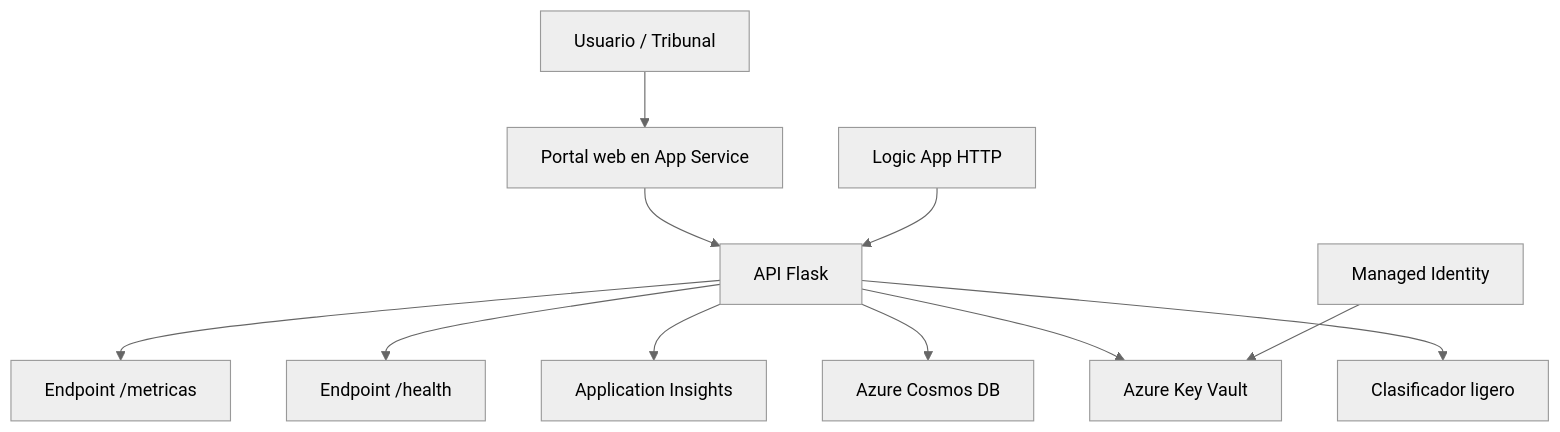
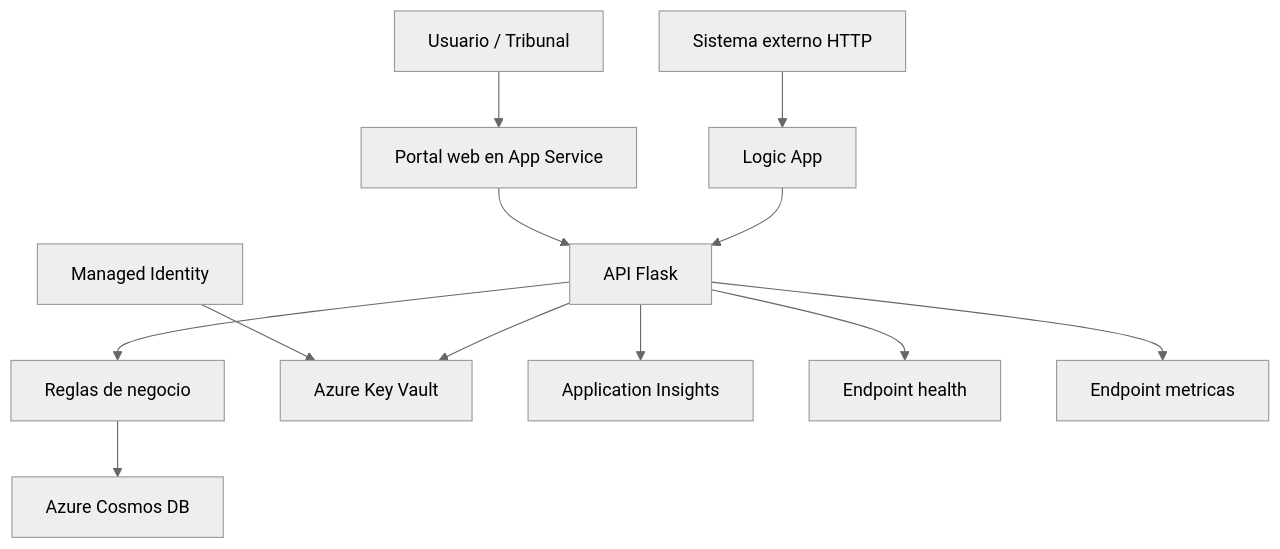
One commit to karimadrico/tfg-azure-servicio-empresarial-seguro changed the first of 5 diagrams in docs/diagramas/diagramas.md. Above: the diagram before and after it, drawn with Mermaid (neutral theme). The commit also changed other lines of this file and 15 other files, not shown here.

````diff
--- a/docs/diagramas/diagramas.md
+++ b/docs/diagramas/diagramas.md
@@ -20,13 +22,14 @@
 ```mermaid
 flowchart TB
     usuario[Usuario / Tribunal] --> portal[Portal web en App Service]
-    portal --> api[API Flask]
-    api --> clasificador[Clasificador ligero]
-    api --> storage[Azure Cosmos DB]
+    sistema[Sistema externo HTTP] --> logicapp[Logic App]
+    logicapp --> api[API Flask]
+    portal --> api
+    api --> reglas[Reglas de negocio]
+    reglas --> cosmos[Azure Cosmos DB]
     api --> keyvault[Azure Key Vault]
+    appid[Managed Identity] --> keyvault
     api --> appinsights[Application Insights]
-    logicapp[Logic App HTTP] --> api
-    appid[Managed Identity] --> keyvault
-    api --> health[Endpoint /health]
-    api --> metricas[Endpoint /metricas]
+    api --> health[Endpoint health]
+    api --> metricas[Endpoint metricas]
 ```
````
